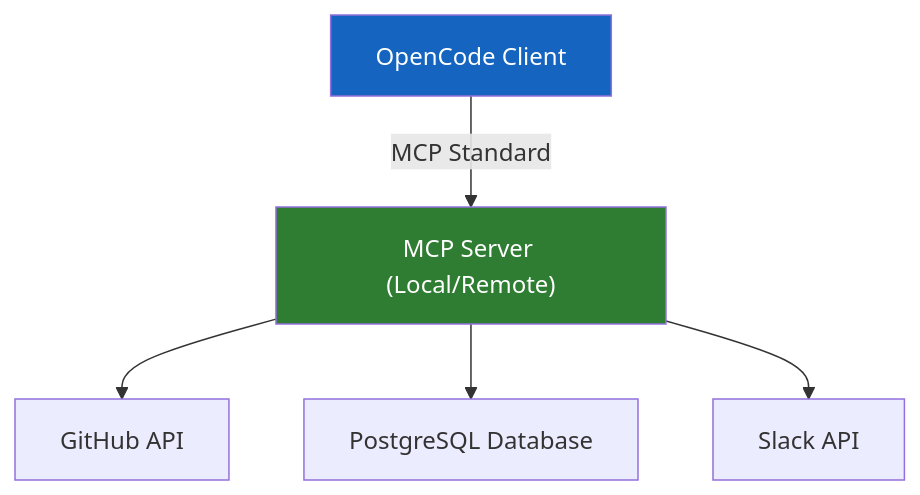
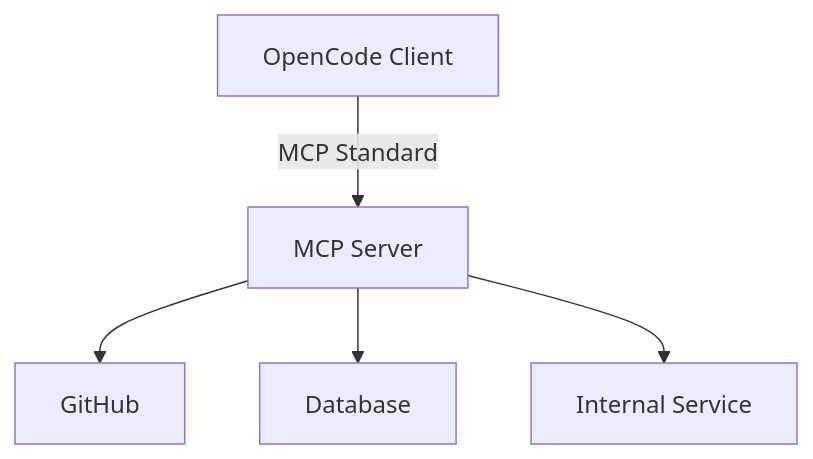
Before and after one commit to VanGoghBuilder/opencode-harness-guide: the diagram in 06-integrations-and-mcp/README.md, drawn with Mermaid. The commit also changed other lines of this file and 19 other files, not shown here.

````diff
--- a/06-integrations-and-mcp/README.md
+++ b/06-integrations-and-mcp/README.md
@@ -31,10 +54,7 @@
 ```mermaid
 graph TD
-    A["OpenCode Client"] -->|MCP Standard| B["MCP Server (Local/Remote)"]
-    B --> C["GitHub API"]
-    B --> D["PostgreSQL Database"]
-    B --> E["Slack API"]
-    
-    style A fill:#1565C0,color:#fff
-    style B fill:#2E7D32,color:#fff
+    A["OpenCode Client"] -->|MCP Standard| B["MCP Server"]
+    B --> C["GitHub"]
+    B --> D["Database"]
+    B --> E["Internal Service"]
 ```
````
